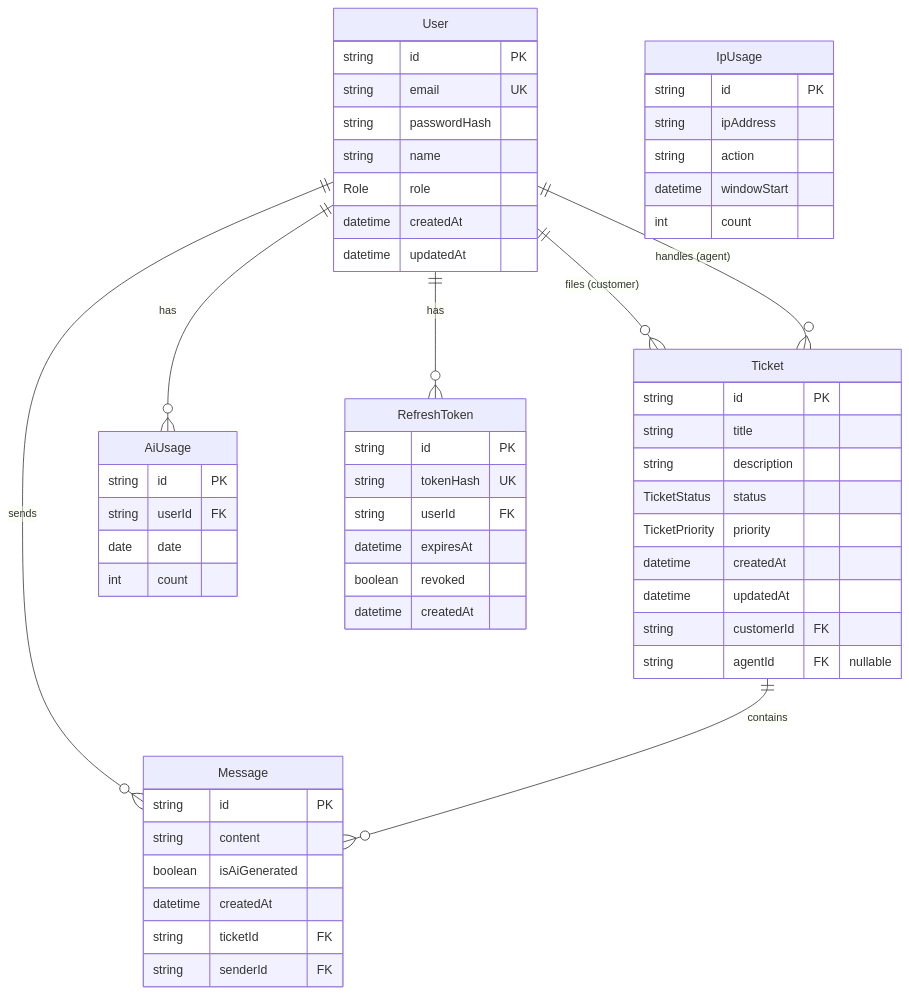
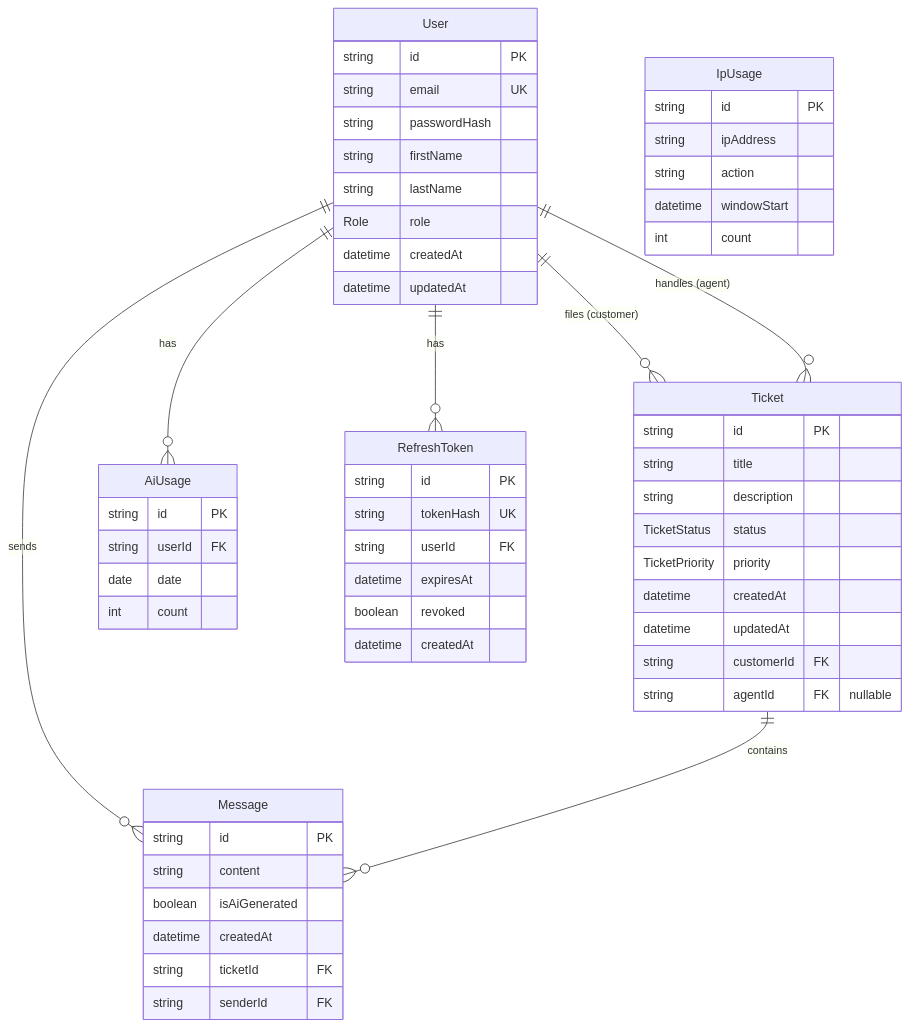
One commit to Molnar-Zoltan/it-helpdesk changed the diagram in docs/schema.md. Above: the diagram before and after it, drawn with Mermaid. The commit also changed 6 other files, not shown here.

First line of the commit message:
refactor(user): split name into firstName and lastName

````diff
--- a/docs/schema.md
+++ b/docs/schema.md
@@ -20,64 +20,65 @@
 ```mermaid
 erDiagram
     User ||--o{ Ticket : "files (customer)"
     User ||--o{ Ticket : "handles (agent)"
     User ||--o{ Message : sends
     User ||--o{ AiUsage : has
     User ||--o{ RefreshToken : has
     Ticket ||--o{ Message : contains
 
     User {
         string id PK
         string email UK
         string passwordHash
-        string name
+        string firstName
+        string lastName
         Role role
         datetime createdAt
         datetime updatedAt
     }
 
     Ticket {
         string id PK
         string title
         string description
         TicketStatus status
         TicketPriority priority
         datetime createdAt
         datetime updatedAt
         string customerId FK
         string agentId FK "nullable"
     }
 
     Message {
         string id PK
         string content
         boolean isAiGenerated
         datetime createdAt
         string ticketId FK
         string senderId FK
     }
 
     AiUsage {
         string id PK
         string userId FK
         date date
         int count
     }
 
     IpUsage {
         string id PK
         string ipAddress
         string action
         datetime windowStart
         int count
     }
 
     RefreshToken {
         string id PK
         string tokenHash UK
         string userId FK
         datetime expiresAt
         boolean revoked
         datetime createdAt
     }
 ```
````
